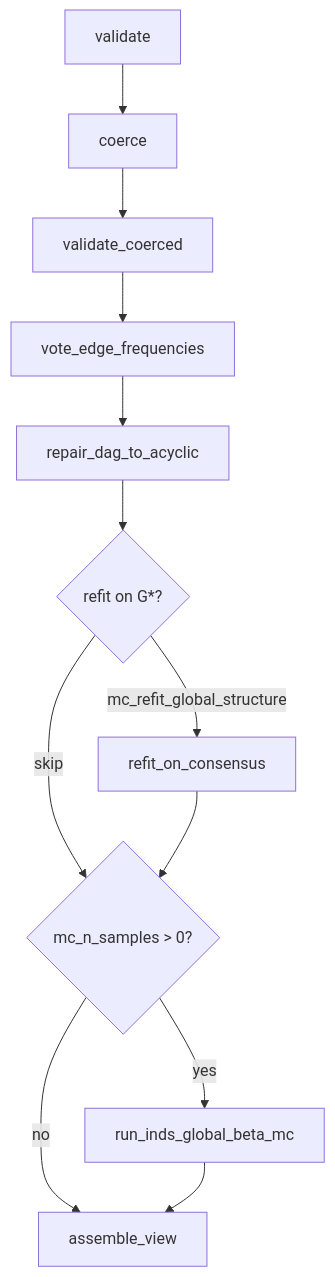
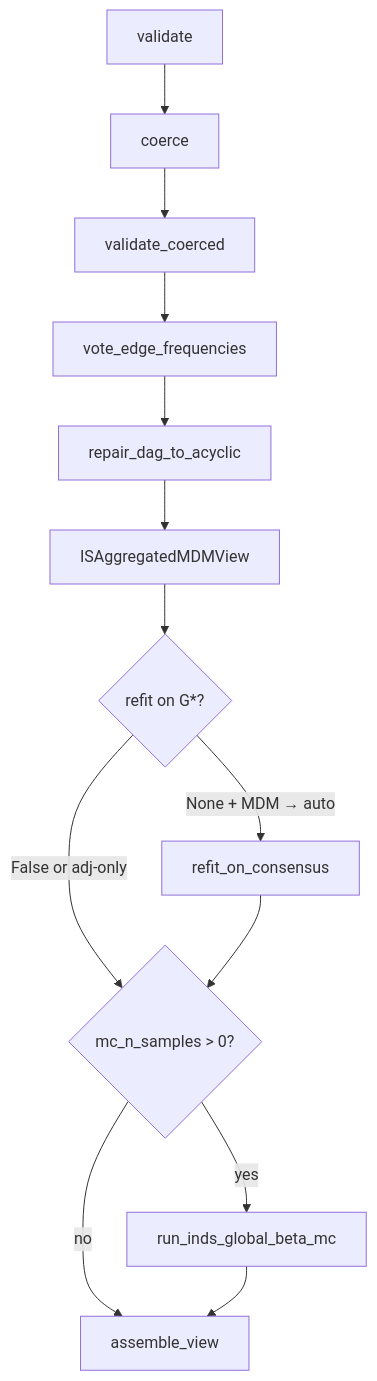
One commit to maods2/mdmp changed the first of 5 diagrams in mdmp/group_analysis/inds/aggregation_diagrams.md. Above: the diagram before and after it, drawn with Mermaid. The commit also changed other lines of this file and 11 other files, not shown here.

````diff
--- a/mdmp/group_analysis/inds/aggregation_diagrams.md
+++ b/mdmp/group_analysis/inds/aggregation_diagrams.md
@@ -30,14 +30,15 @@
 ```mermaid
 flowchart TD
   V[validate] --> C[coerce]
   C --> VC[validate_coerced]
   VC --> Vote[vote_edge_frequencies]
   Vote --> Repair[repair_dag_to_acyclic]
-  Repair --> Refit{refit on G*?}
-  Refit -->|mc_refit_global_structure| R[refit_on_consensus]
-  Refit -->|skip| MCgate{mc_n_samples > 0?}
+  Repair --> View[ISAggregatedMDMView]
+  View --> Refit{refit on G*?}
+  Refit -->|"None + MDM → auto"| R[refit_on_consensus]
+  Refit -->|False or adj-only| MCgate{mc_n_samples > 0?}
   R --> MCgate
   MCgate -->|yes| MC[run_inds_global_beta_mc]
   MCgate -->|no| Asm[assemble_view]
   MC --> Asm
 ```
````
